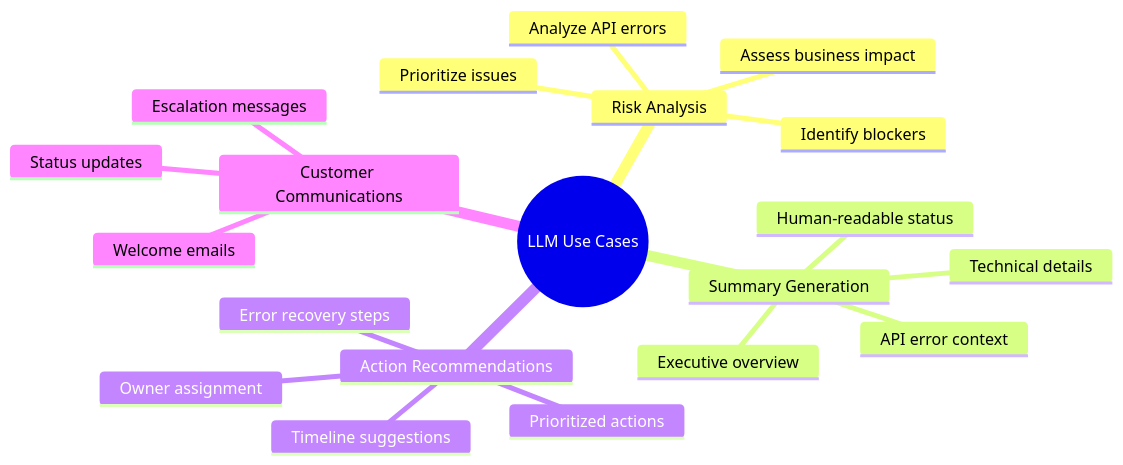
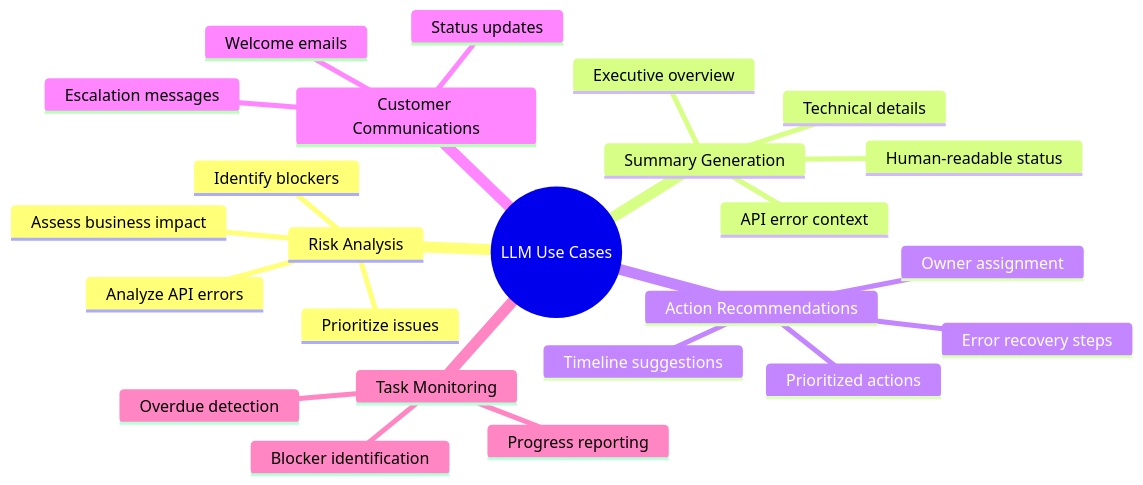
One commit to alyab16/Enterprise-Agents-Solutions-Case-Study changed the third of 17 diagrams in docs/SOLUTION_DESIGN.md. Above: the diagram before and after it, drawn with Mermaid. The commit also changed other lines of this file and 2 other files, not shown here.

````diff
--- a/docs/SOLUTION_DESIGN.md
+++ b/docs/SOLUTION_DESIGN.md
@@ -190,23 +193,27 @@
 ```mermaid
 mindmap
   root((LLM Use Cases))
     Risk Analysis
       Assess business impact
       Identify blockers
       Analyze API errors
       Prioritize issues
     Summary Generation
       Human-readable status
       Executive overview
       API error context
       Technical details
     Action Recommendations
       Prioritized actions
       Owner assignment
       Error recovery steps
       Timeline suggestions
     Customer Communications
       Welcome emails
       Status updates
       Escalation messages
+    Task Monitoring
+      Overdue detection
+      Progress reporting
+      Blocker identification
 ```
````
